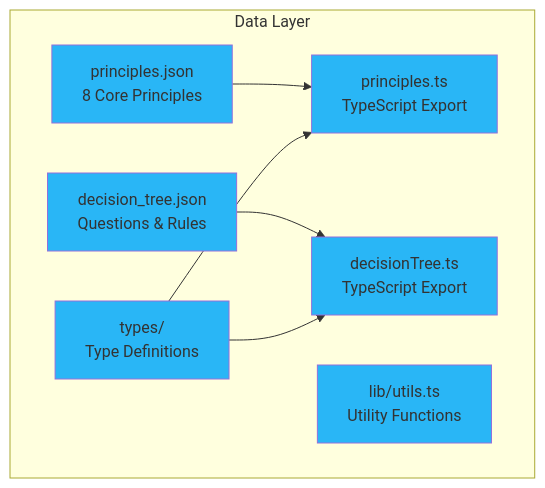
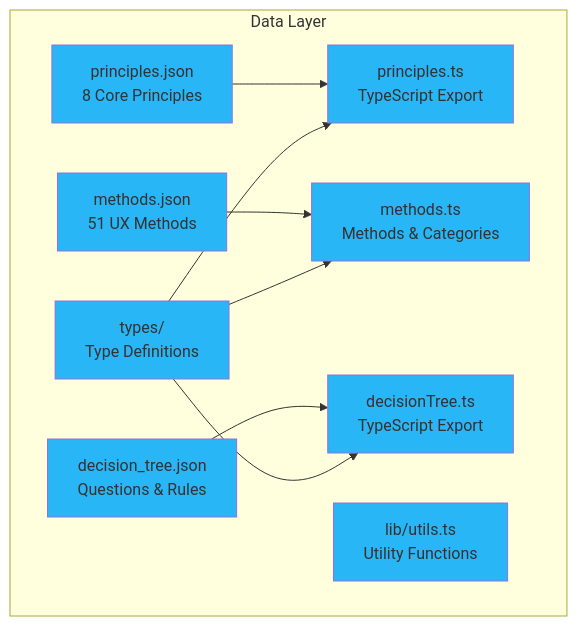
The seventh of 15 diagrams in docs/arc42.md (pfederi/pragmaticux), drawn with Mermaid before and after one commit. The commit also changed other lines of this file and 20 other files, not shown here.

````diff
--- a/docs/arc42.md
+++ b/docs/arc42.md
@@ -341,23 +343,29 @@
 ```mermaid
 graph TB
     subgraph "Data Layer"
         PrinciplesJSON[principles.json<br/>8 Core Principles]
+        MethodsJSON[methods.json<br/>51 UX Methods]
         PrinciplesTS[principles.ts<br/>TypeScript Export]
+        MethodsTS[methods.ts<br/>Methods & Categories]
         DecisionJSON[decision_tree.json<br/>Questions & Rules]
         DecisionTS[decisionTree.ts<br/>TypeScript Export]
         Types[types/<br/>Type Definitions]
         Utils[lib/utils.ts<br/>Utility Functions]
     end
-    
+
     PrinciplesJSON --> PrinciplesTS
+    MethodsJSON --> MethodsTS
     DecisionJSON --> DecisionTS
     Types --> PrinciplesTS
+    Types --> MethodsTS
     Types --> DecisionTS
-    
+
     style PrinciplesJSON fill:#29b6f6
+    style MethodsJSON fill:#29b6f6
     style PrinciplesTS fill:#29b6f6
+    style MethodsTS fill:#29b6f6
     style DecisionJSON fill:#29b6f6
     style DecisionTS fill:#29b6f6
     style Types fill:#29b6f6
     style Utils fill:#29b6f6
 ```
````
